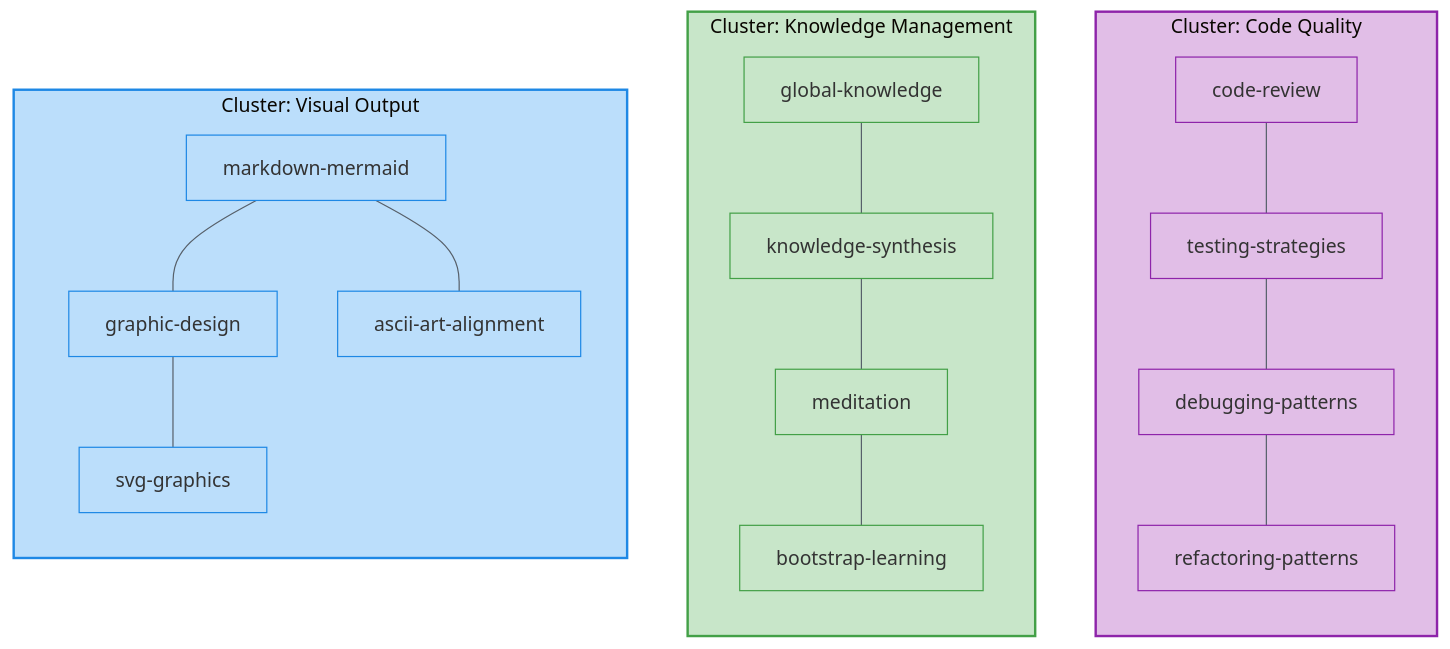
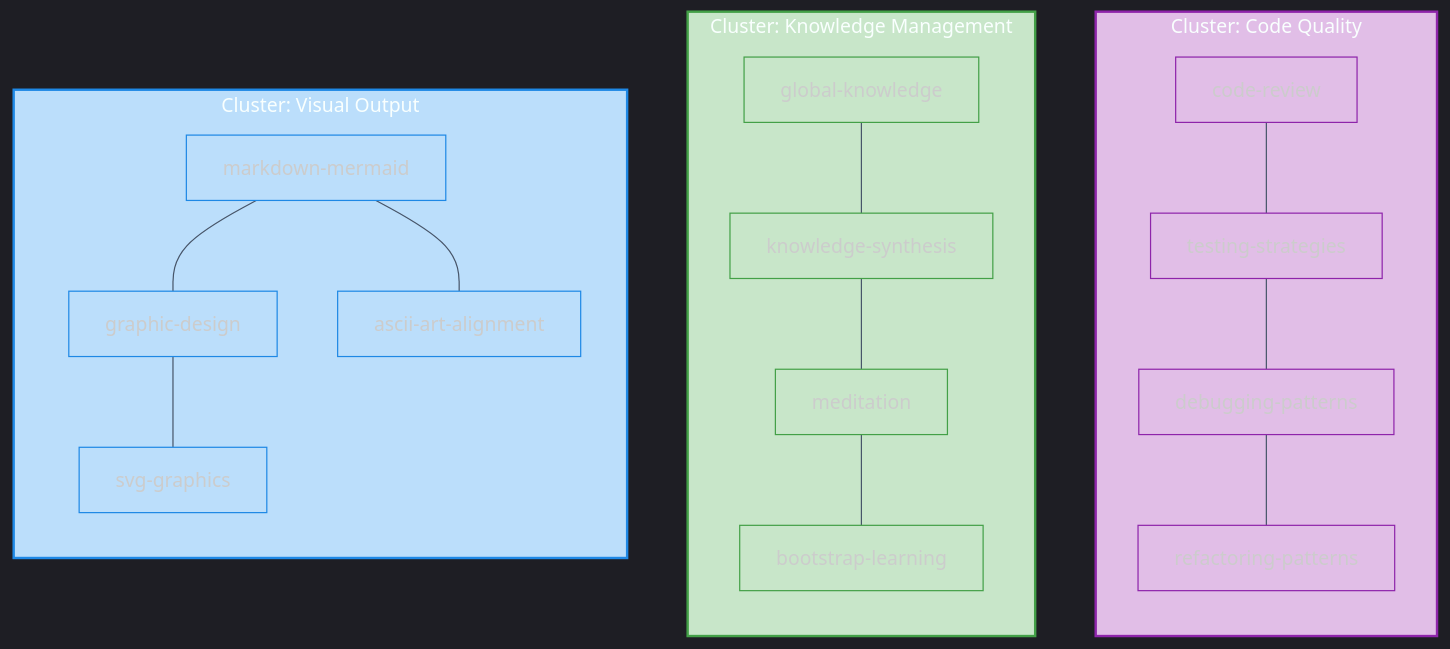
One commit to fabioc-aloha/Alex_Plug_In changed the sixth of 11 diagrams in alex_docs/architecture/SEMANTIC-SKILL-GRAPH.md. Above: the diagram before and after it, drawn with Mermaid. The commit also changed other lines of this file and 13 other files, not shown here.

Commit message:
brand(M4.8-4.10): mermaid theme snippet + inject CorreaX theme into arch diagrams + standardize badge colors

````diff
--- a/alex_docs/architecture/SEMANTIC-SKILL-GRAPH.md
+++ b/alex_docs/architecture/SEMANTIC-SKILL-GRAPH.md
@@ -330,55 +331,55 @@
 ```mermaid
-%%{init: {'theme': 'base', 'themeVariables': { 'edgeLabelBackground':'#ffffff', 'lineColor': '#57606a' }}}%%
+%%{init: {'theme': 'dark', 'themeVariables': {'background': '#0f172a', 'primaryColor': '#1e293b', 'primaryTextColor': '#f1f5f9', 'primaryBorderColor': '#818cf8', 'lineColor': '#475569', 'secondaryColor': '#1e293b', 'secondaryBorderColor': '#2dd4bf', 'tertiaryColor': '#1e293b', 'fontFamily': 'Segoe UI, system-ui, sans-serif'}}}%%
 flowchart LR
     subgraph VO["Cluster: Visual Output"]
         direction TB
         V1["markdown-mermaid"]
         V2["graphic-design"]
         V3["svg-graphics"]
         V4["ascii-art-alignment"]
         V1 --- V2
         V2 --- V3
         V1 --- V4
     end
 
     subgraph KM["Cluster: Knowledge Management"]
         direction TB
         K1["global-knowledge"]
         K2["knowledge-synthesis"]
         K3["meditation"]
         K4["bootstrap-learning"]
         K1 --- K2
         K2 --- K3
         K3 --- K4
     end
 
     subgraph CQ["Cluster: Code Quality"]
         direction TB
         C1["code-review"]
         C2["testing-strategies"]
         C3["debugging-patterns"]
         C4["refactoring-patterns"]
         C1 --- C2
         C2 --- C3
         C3 --- C4
     end
 
     VO ~~~ KM ~~~ CQ
 
     style VO fill:#bbdefb,stroke:#1e88e5,stroke-width:2px
     style KM fill:#c8e6c9,stroke:#43a047,stroke-width:2px
     style CQ fill:#e1bee7,stroke:#8e24aa,stroke-width:2px
 
     style V1 fill:#bbdefb,stroke:#1e88e5
     style V2 fill:#bbdefb,stroke:#1e88e5
     style V3 fill:#bbdefb,stroke:#1e88e5
     style V4 fill:#bbdefb,stroke:#1e88e5
     style K1 fill:#c8e6c9,stroke:#43a047
     style K2 fill:#c8e6c9,stroke:#43a047
     style K3 fill:#c8e6c9,stroke:#43a047
     style K4 fill:#c8e6c9,stroke:#43a047
     style C1 fill:#e1bee7,stroke:#8e24aa
     style C2 fill:#e1bee7,stroke:#8e24aa
     style C3 fill:#e1bee7,stroke:#8e24aa
     style C4 fill:#e1bee7,stroke:#8e24aa
 ```
````
